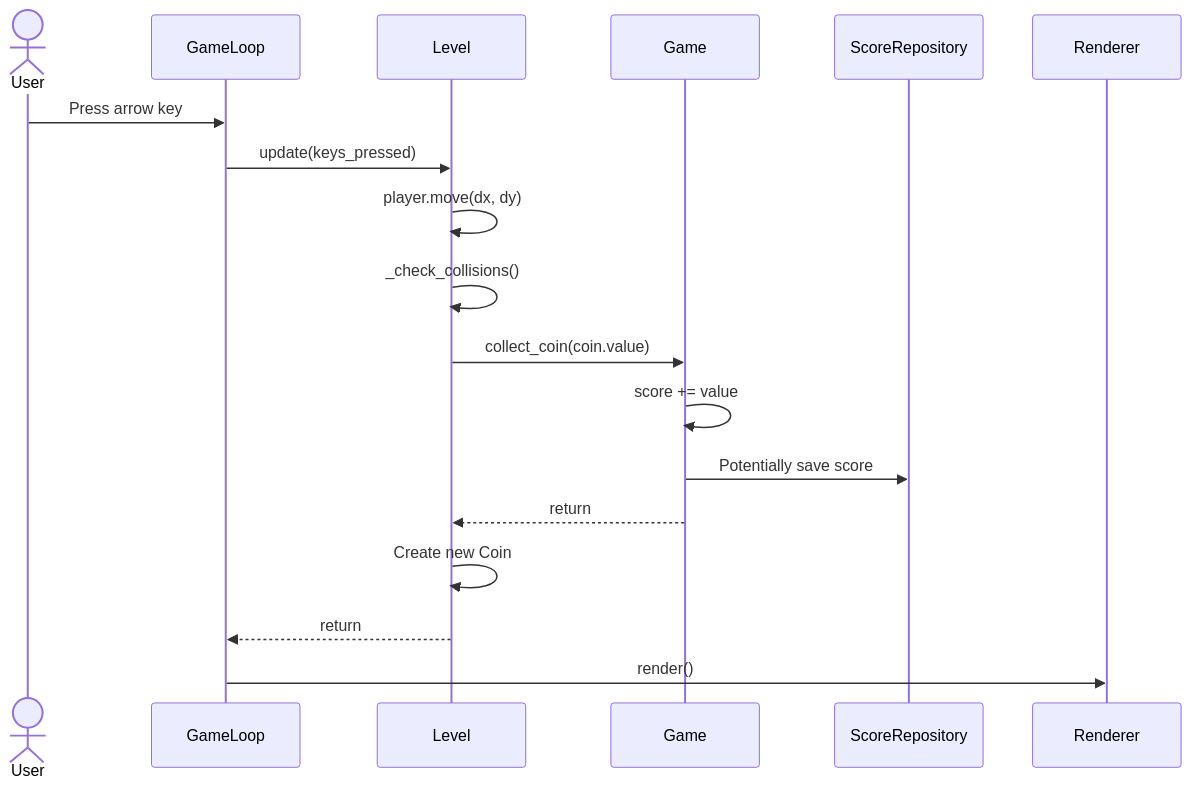
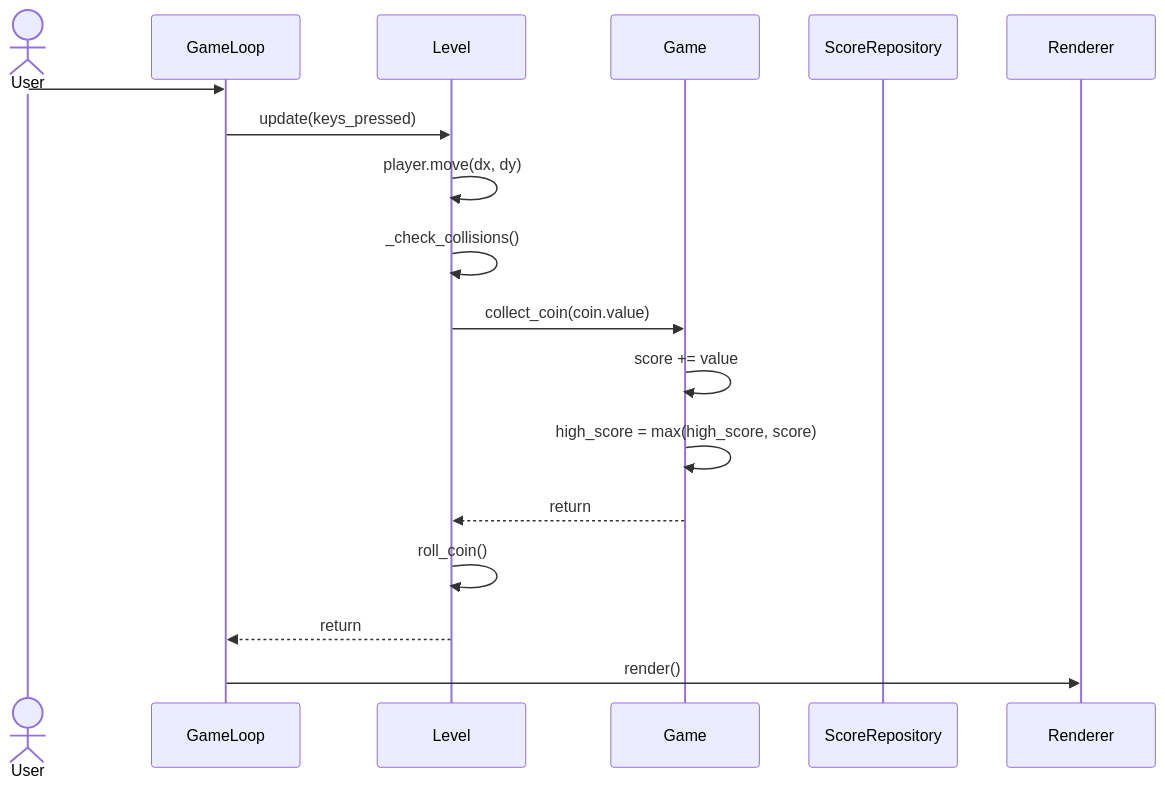
The second of 4 diagrams in coin-collecter-app/dokumentaatio/arkkitehtuuri.md (hodelma/ot-harjoitustyo), drawn with Mermaid before and after one commit. The commit also changed other lines of this file, not shown here.

````diff
--- a/coin-collecter-app/dokumentaatio/arkkitehtuuri.md
+++ b/coin-collecter-app/dokumentaatio/arkkitehtuuri.md
@@ -186,20 +209,26 @@
 ```mermaid
 sequenceDiagram
     actor User
     participant GameLoop
     participant Level
     participant Game
     participant ScoreRepository
+    participant Renderer
 
-    User->>GameLoop: Press arrow key
-    GameLoop->>Level: update(keys_pressed)
-    Level->>Level: player.move(dx, dy)
-    Level->>Level: _check_collisions()
-    Level->>Game: collect_coin(coin.value)
-    Game->>Game: score += value
-    Game->>ScoreRepository: Potentially save score
-    Game-->>Level: return
-    Level->>Level: Create new Coin
-    Level-->>GameLoop: return
-    GameLoop->>Renderer: render()
+    User ->> GameLoop: 
+    GameLoop ->> Level: update(keys_pressed)
+
+    Level ->> Level: player.move(dx, dy)
+    Level ->> Level: _check_collisions()
+
+    Level ->> Game: collect_coin(coin.value)
+    Game ->> Game: score += value
+    Game ->> Game: high_score = max(high_score, score)
+
+    Game -->> Level: return
+
+    Level ->> Level: roll_coin()
+    Level -->> GameLoop: return
+
+    GameLoop ->> Renderer: render()
 ```
````
